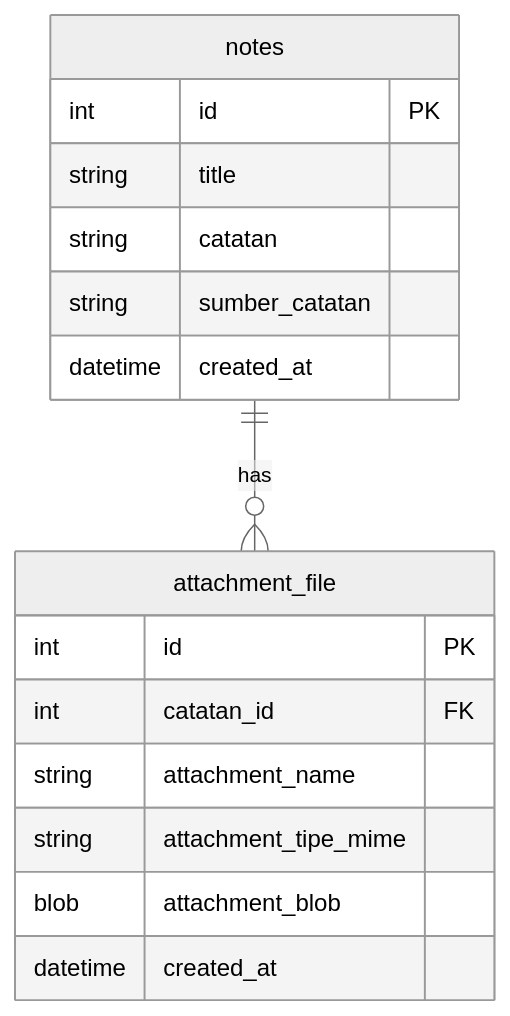
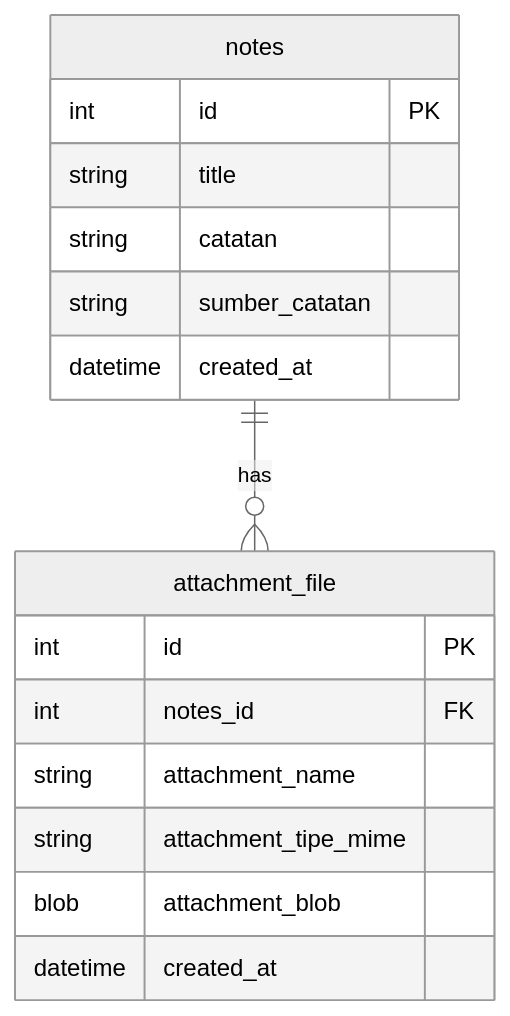
One commit to sm-alfariz/python-ui-notes-app changed the diagram in README.md. Above: the diagram before and after it, drawn with Mermaid (neutral theme). The commit also changed other lines of this file, not shown here.

Commit message:
upd change field coz ambigue with table name

````diff
--- a/README.md
+++ b/README.md
@@ -80,19 +80,19 @@
 ```mermaid
 erDiagram
     notes ||--o{ attachment_file : "has"
     notes {
         int id PK
         string title
         string catatan
         string sumber_catatan
         datetime created_at
     }
     attachment_file {
         int id PK
-        int catatan_id FK
+        int notes_id FK
         string attachment_name
         string attachment_tipe_mime
         blob attachment_blob
         datetime created_at
     }
 ```
````
